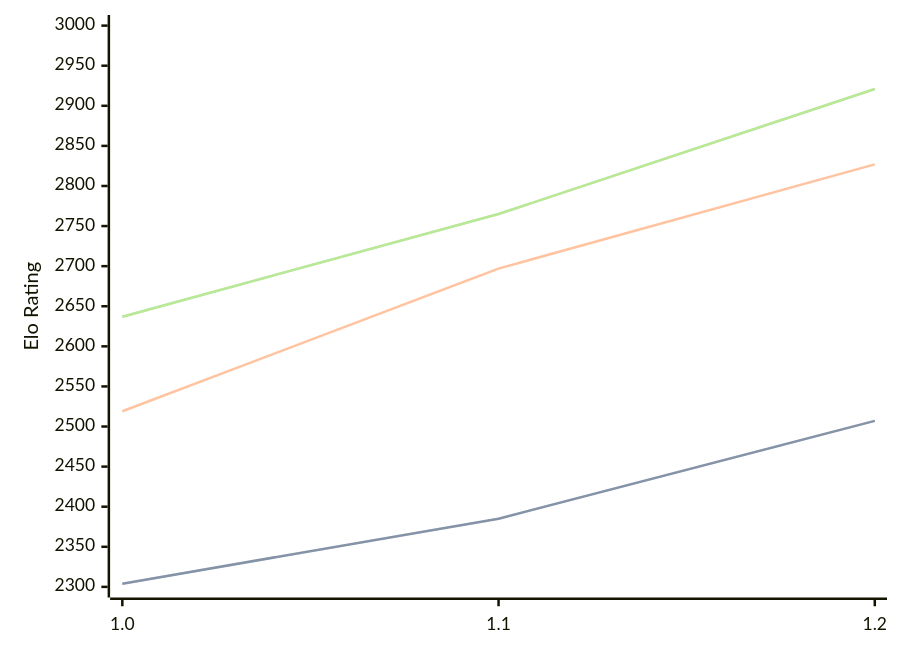
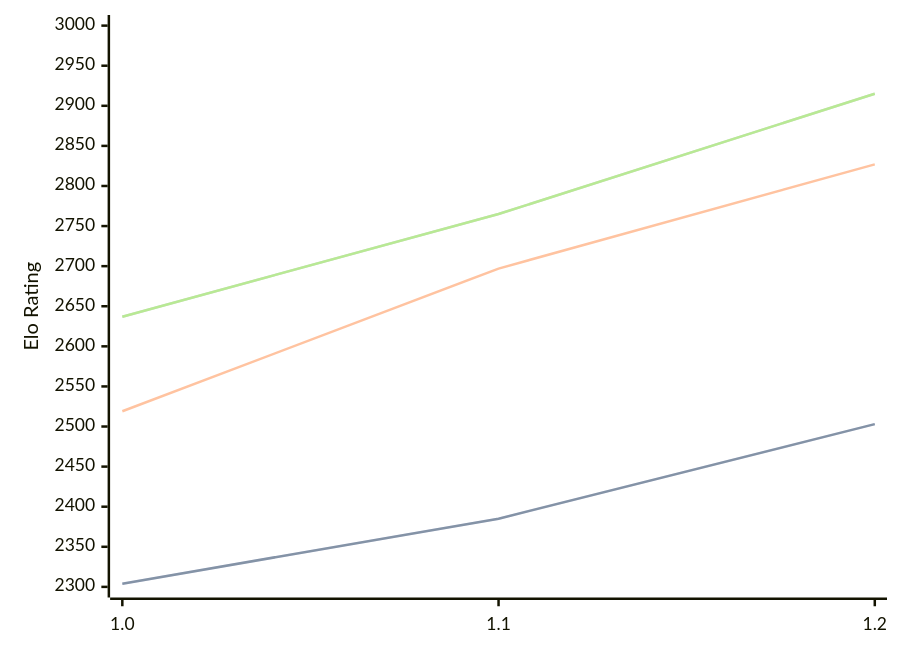
Before and after one commit to computer-chess-index/cci: the diagram in engines/FoxChess.md, drawn with Mermaid. The commit also changed other lines of this file, not shown here.

Commit message:
Update CCI Ratings (ELO VLTC) - 2026-07-19

````diff
--- a/engines/FoxChess.md
+++ b/engines/FoxChess.md
@@ -33,11 +33,11 @@
 ```mermaid
 %%{init: {"theme":"base","themeVariables":{"seriesColors:['#a3a3a3','#222221','#faa371']}}}%%
 xychart-beta
   x-axis ["1.0", "1.1", "1.2"]
   y-axis "Elo Rating" 2300 --> 3000
-  line "STC (8.0+0.08s)" [2304, 2385, 2507]
-  line "STC (8.0+0.08s)" [2304, 2385, 2507]
+  line "STC (8.0+0.08s)" [2304, 2385, 2503]
+  line "STC (8.0+0.08s)" [2304, 2385, 2503]
   line "LTC (60.0+0.60s)" [2519, 2697, 2827]
-  line "VLTC (2m24s+1.12s)" [2637, 2765, 2921]
-  line "VLTC (2m24s+1.12s)" [2637, 2765, 2921]
+  line "VLTC (2m24s+1.12s)" [2637, 2765, 2915]
+  line "VLTC (2m24s+1.12s)" [2637, 2765, 2915]
 ```
````
